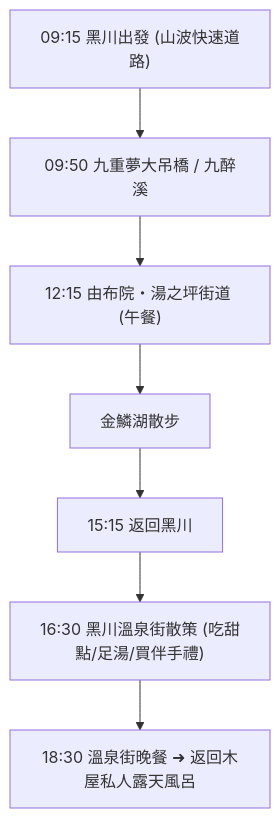
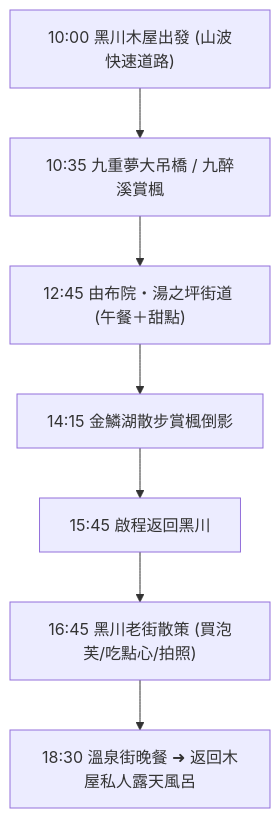
The second of 5 diagrams in kyushu-autumn-travel-guide.md (Eric-Jamie-Family/2026-japan-trip), drawn with Mermaid before and after one commit. The commit also changed other lines of this file and 5 other files, not shown here.

````diff
--- a/kyushu-autumn-travel-guide.md
+++ b/kyushu-autumn-travel-guide.md
@@ -90,9 +90,9 @@
 ```mermaid
 flowchart TD
-    A["09:15 黑川出發 (山波快速道路)"] --> B["09:50 九重夢大吊橋 / 九醉溪"]
-    B --> C["12:15 由布院・湯之坪街道 (午餐)"]
-    C --> D["金鱗湖散步"]
-    D --> E["15:15 返回黑川"]
-    E --> F["16:30 黑川溫泉街散策 (吃甜點/足湯/買伴手禮)"]
+    A["10:00 黑川木屋出發 (山波快速道路)"] --> B["10:35 九重夢大吊橋 / 九醉溪賞楓"]
+    B --> C["12:45 由布院・湯之坪街道 (午餐＋甜點)"]
+    C --> D["14:15 金鱗湖散步賞楓倒影"]
+    D --> E["15:45 啟程返回黑川"]
+    E --> F["16:45 黑川老街散策 (買泡芙/吃點心/拍照)"]
     F --> G["18:30 溫泉街晚餐 ➜ 返回木屋私人露天風呂"]
 ```
````
